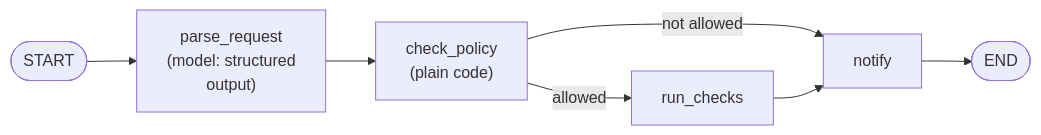
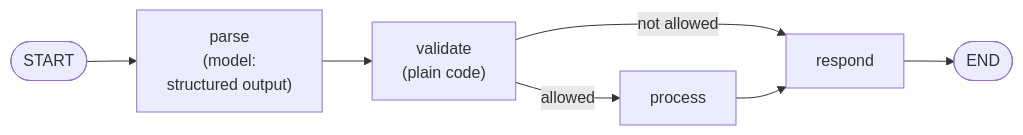
One commit to shubamchaudhary/CodeNITW changed the third of 9 diagrams in src/Data/aiStackDocs/CH-14.md. Above: the diagram before and after it, drawn with Mermaid. The commit also changed other lines of this file and 7 other files, not shown here.

````diff
--- a/src/Data/aiStackDocs/CH-14.md
+++ b/src/Data/aiStackDocs/CH-14.md
@@ -94,9 +108,9 @@
 ```mermaid
 flowchart LR
-    S(["START"]) --> P["parse_request<br/>(model: structured<br/>output)"]
-    P --> C["check_policy<br/>(plain code)"]
-    C -->|"allowed"| R["run_checks"]
-    C -->|"not allowed"| N["notify"]
+    S(["START"]) --> P["parse<br/>(model:<br/>structured output)"]
+    P --> V["validate<br/>(plain code)"]
+    V -->|"allowed"| R["process"]
+    V -->|"not allowed"| N["respond"]
     R --> N
     N --> E(["END"])
 ```
````
